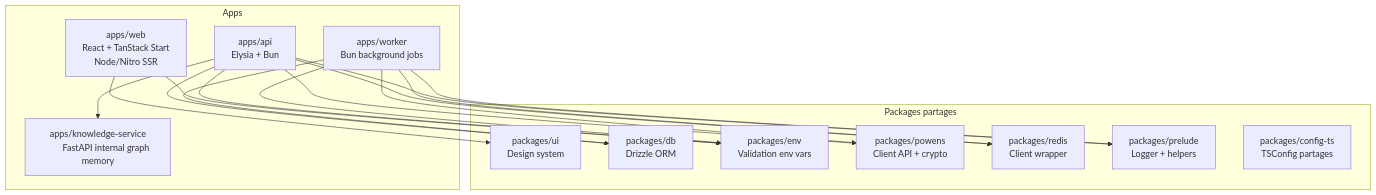
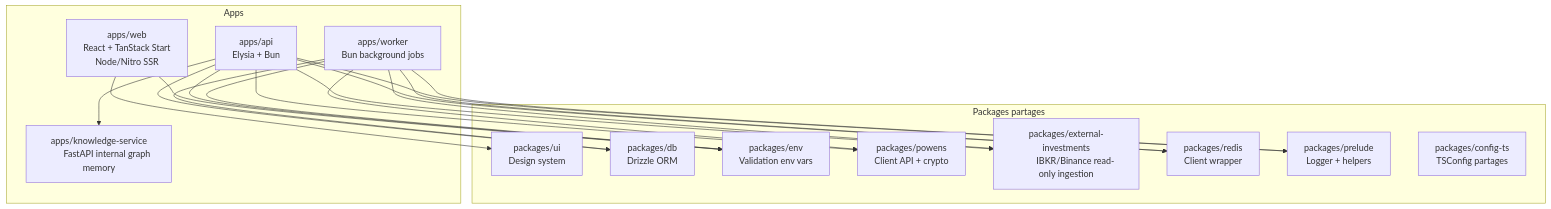
One commit to BigZoo92/finance-os changed the first of 5 diagrams in docs/context/APP-ARCHITECTURES.md. Above: the diagram before and after it, drawn with Mermaid. The commit also changed other lines of this file and 97 other files, not shown here.

````diff
--- a/docs/context/APP-ARCHITECTURES.md
+++ b/docs/context/APP-ARCHITECTURES.md
@@ -11,45 +11,49 @@
 ```mermaid
 graph TB
     subgraph "Apps"
         Web["apps/web
         React + TanStack Start
         Node/Nitro SSR"]
         API["apps/api
         Elysia + Bun"]
         Worker["apps/worker
         Bun background jobs"]
         Knowledge["apps/knowledge-service
         FastAPI internal graph memory"]
     end
 
     subgraph "Packages partages"
         UI["packages/ui
         Design system"]
         DB["packages/db
         Drizzle ORM"]
         Env["packages/env
         Validation env vars"]
         Powens["packages/powens
         Client API + crypto"]
+        ExternalInvestments["packages/external-investments
+        IBKR/Binance read-only ingestion"]
         Redis["packages/redis
         Client wrapper"]
         Prelude["packages/prelude
         Logger + helpers"]
         ConfigTS["packages/config-ts
         TSConfig partages"]
     end
 
     Web --> UI
     Web --> Env
     API --> DB
     API --> Env
     API --> Powens
+    API --> ExternalInvestments
     API --> Redis
     API --> Prelude
     API --> Knowledge
     Worker --> DB
     Worker --> Env
     Worker --> Powens
+    Worker --> ExternalInvestments
     Worker --> Redis
     Worker --> Prelude
 ```
````
